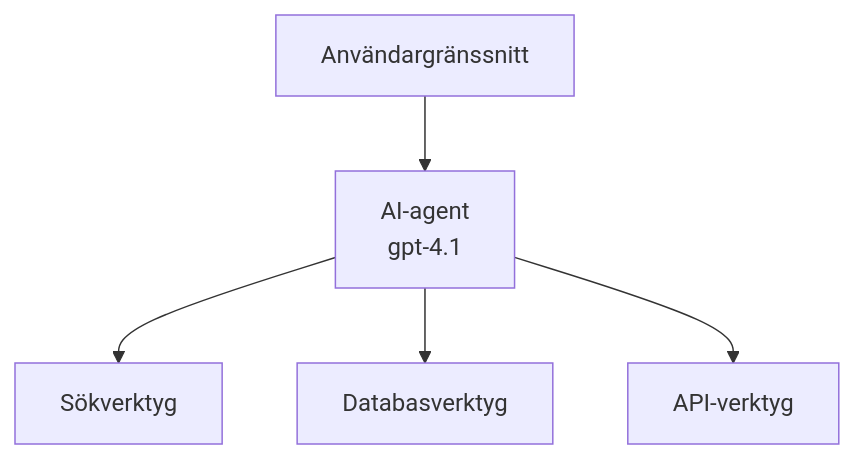
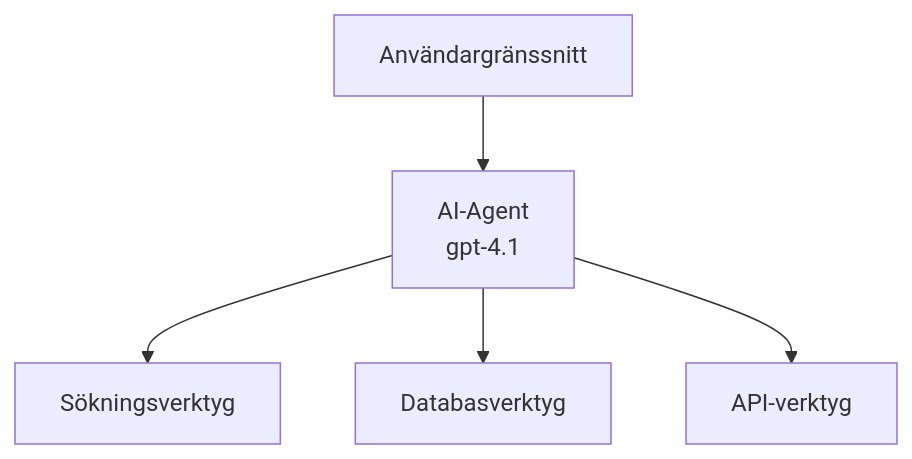
Before and after one commit to microsoft/AZD-for-beginners: the first of 3 diagrams in translations/sv/docs/chapter-02-ai-development/agents.md, drawn with Mermaid. The commit also changed other lines of this file and 59 other files, not shown here.

````diff
--- a/translations/sv/docs/chapter-02-ai-development/agents.md
+++ b/translations/sv/docs/chapter-02-ai-development/agents.md
@@ -162,7 +162,7 @@
 ```mermaid
 graph TD
-    UI[Användargränssnitt] --> Agent[AI-agent<br/>gpt-4.1]
-    Agent --> Search[Sökverktyg]
+    UI[Användargränssnitt] --> Agent[AI-Agent<br/>gpt-4.1]
+    Agent --> Search[Sökningsverktyg]
     Agent --> Database[Databasverktyg]
     Agent --> API[API-verktyg]
 ```
````
